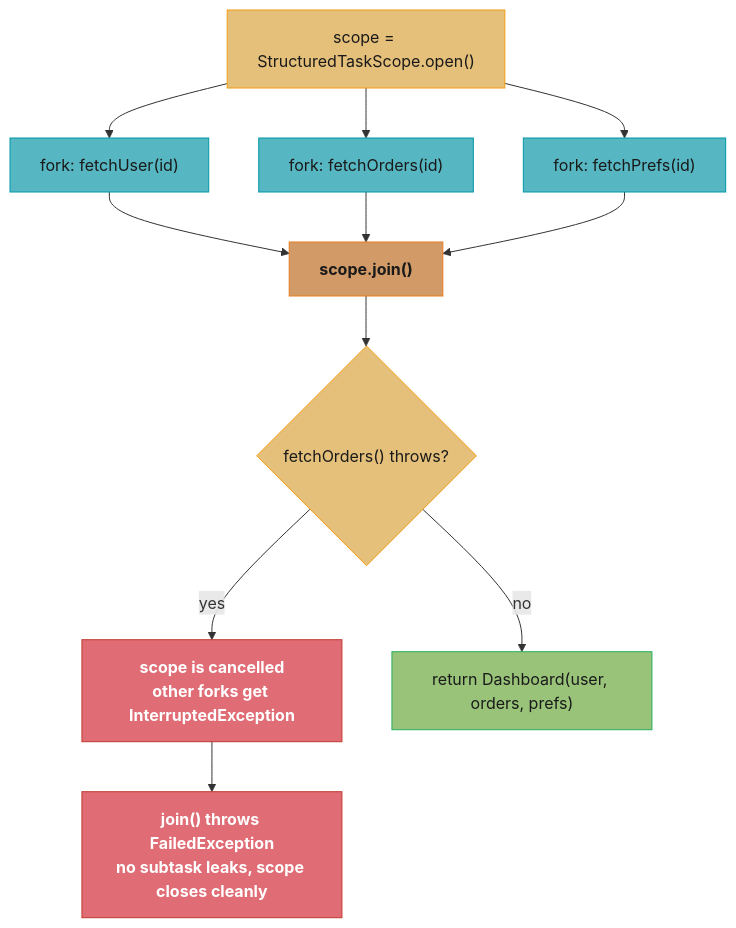
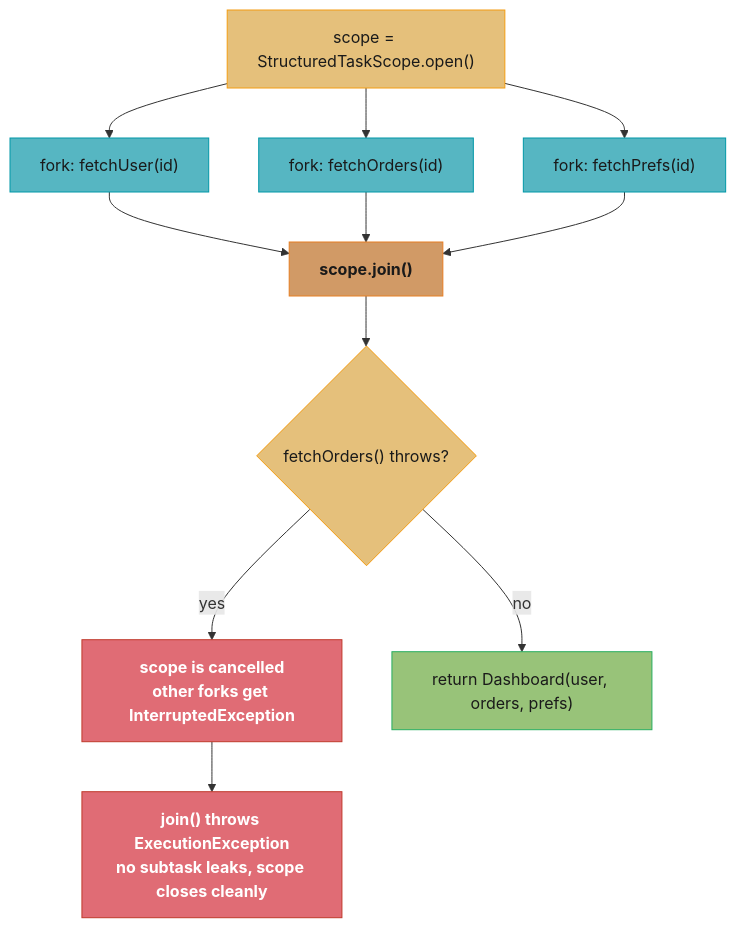
The third of 3 diagrams in src/main/java/com/rutik/systemdesign/java/structured_concurrency_and_loom/structured_concurrency_and_loom.md (rppol/system-design), drawn with Mermaid before and after one commit. The commit also changed other lines of this file and 655 other files, not shown here.

````diff
--- a/src/main/java/com/rutik/systemdesign/java/structured_concurrency_and_loom/structured_concurrency_and_loom.md
+++ b/src/main/java/com/rutik/systemdesign/java/structured_concurrency_and_loom/structured_concurrency_and_loom.md
@@ -171,28 +171,28 @@
 ```mermaid
 flowchart TD
     classDef io      fill:#61afef,stroke:#2e86c1,color:#1a1a1a,font-weight:bold
     classDef frozen  fill:#c678dd,stroke:#9b59b6,color:#fff
     classDef train   fill:#98c379,stroke:#27ae60,color:#1a1a1a
     classDef mathOp  fill:#d19a66,stroke:#e67e22,color:#1a1a1a,font-weight:bold
     classDef lossN   fill:#e06c75,stroke:#c0392b,color:#fff,font-weight:bold
     classDef req     fill:#56b6c2,stroke:#0097a7,color:#1a1a1a
     classDef base    fill:#e5c07b,stroke:#f39c12,color:#1a1a1a
 
     S["scope = StructuredTaskScope.open()"] --> F1["fork: fetchUser(id)"]
     S --> F2["fork: fetchOrders(id)"]
     S --> F3["fork: fetchPrefs(id)"]
     F1 --> J["scope.join()"]
     F2 --> J
     F3 --> J
     J --> D{"fetchOrders() throws?"}
     D -->|"yes"| CANCEL["scope is cancelled\nother forks get InterruptedException"]
-    CANCEL --> RETHROW["join() throws FailedException\nno subtask leaks, scope closes cleanly"]
+    CANCEL --> RETHROW["join() throws ExecutionException\nno subtask leaks, scope closes cleanly"]
     D -->|"no"| RESULT["return Dashboard(user, orders, prefs)"]
 
     class S base
     class F1,F2,F3 req
     class J mathOp
     class D base
     class CANCEL,RETHROW lossN
     class RESULT train
 ```
````
